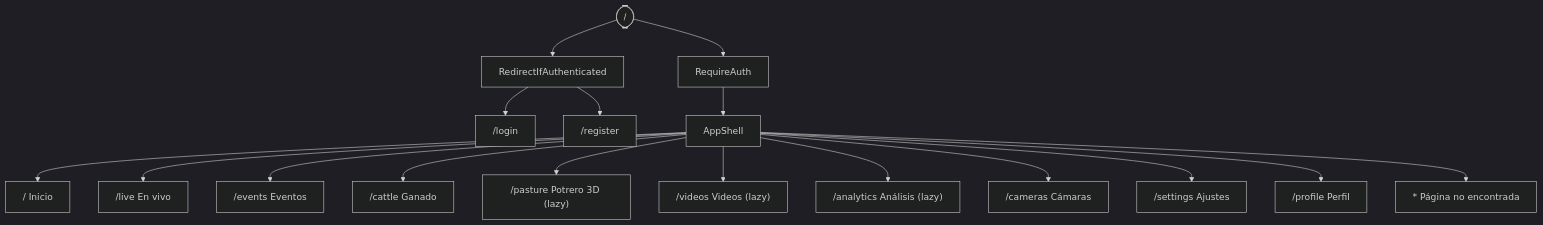
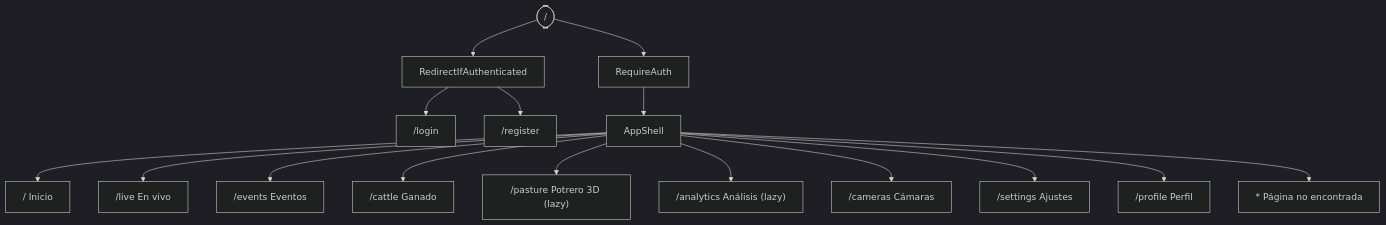
One commit to GUERRREROALEXANDER/fronted-SmartCattle changed the fifth of 8 diagrams in README.md. Above: the diagram before and after it, drawn with Mermaid (dark theme). The commit also changed other lines of this file and 92 other files, not shown here.

````diff
--- a/README.md
+++ b/README.md
@@ -456,19 +452,18 @@
 ```mermaid
 flowchart TB
     root(["/"]) --> pub["RedirectIfAuthenticated"]
     root --> priv["RequireAuth"]
     pub --> login["/login"]
     pub --> register["/register"]
     priv --> shell["AppShell"]
     shell --> d["/ Inicio"]
     shell --> m["/live En vivo"]
     shell --> e["/events Eventos"]
     shell --> c["/cattle Ganado"]
     shell --> pa["/pasture Potrero 3D (lazy)"]
-    shell --> v["/videos Videos (lazy)"]
     shell --> an["/analytics Análisis (lazy)"]
     shell --> cam["/cameras Cámaras"]
     shell --> s["/settings Ajustes"]
     shell --> p["/profile Perfil"]
     shell --> nf["* Página no encontrada"]
 ```
````
